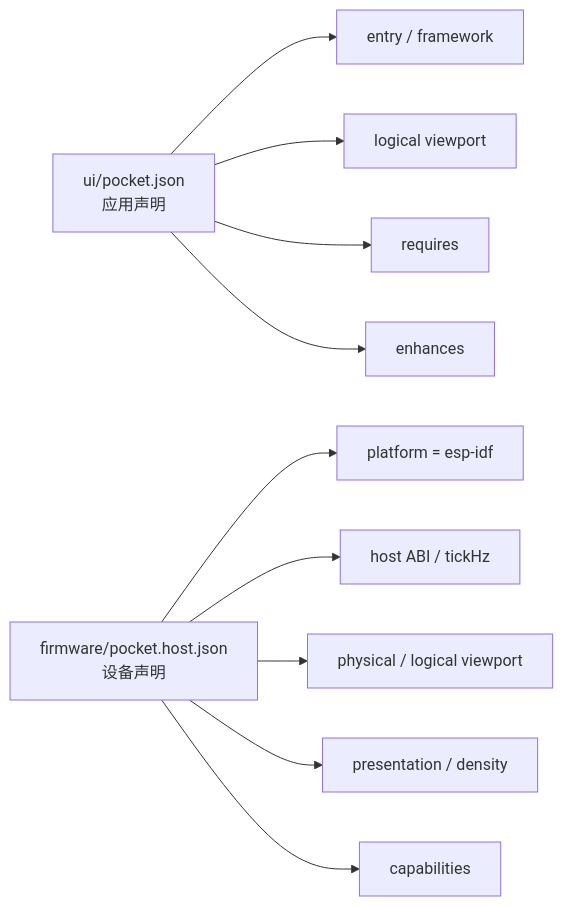
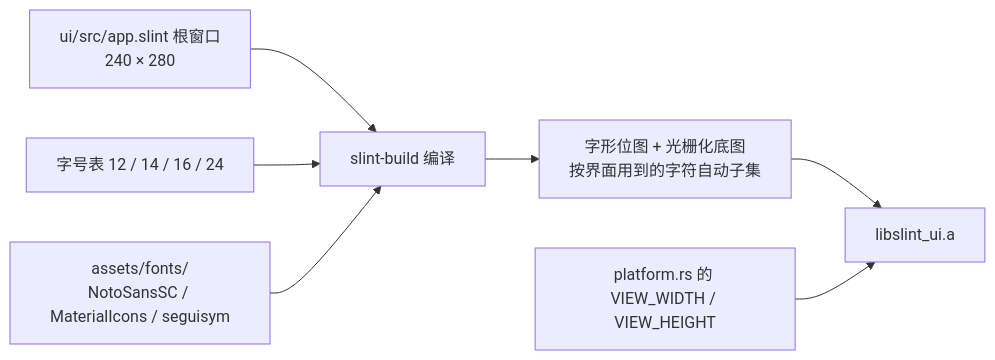
Before and after one commit to slime7/remapad: the first of 9 diagrams in docs/ABSTRACTIONS.md, drawn with Mermaid. The commit also changed other lines of this file and 196 other files, not shown here.

First line of the commit message:
feat(ui): 屏幕 UI 改用 Slint + Rust，撤掉 PocketJS 运行时与 Node 工具链

````diff
--- a/docs/ABSTRACTIONS.md
+++ b/docs/ABSTRACTIONS.md
@@ -37,13 +39,9 @@
 ```mermaid
 flowchart LR
-    App["ui/pocket.json<br/>应用声明"] --> AppEntry["entry / framework"]
-    App --> AppView["logical viewport"]
-    App --> AppReq["requires"]
-    App --> AppEnh["enhances"]
-
-    Host["firmware/pocket.host.json<br/>设备声明"] --> HostPlatform["platform = esp-idf"]
-    Host --> HostAbi["host ABI / tickHz"]
-    Host --> HostView["physical / logical viewport"]
-    Host --> HostPres["presentation / density"]
-    Host --> HostCap["capabilities"]
+    View["ui/src/app.slint 根窗口<br/>240 × 280"] --> Compile["slint-build 编译"]
+    Sizes["字号表 12 / 14 / 16 / 24"] --> Compile
+    Fonts["assets/fonts/<br/>NotoSansSC / MaterialIcons / seguisym"] --> Compile
+    Compile --> Glyphs["字形位图 + 光栅化底图<br/>按界面用到的字符自动子集"]
+    Glyphs --> Lib["libslint_ui.a"]
+    Platform["platform.rs 的 VIEW_WIDTH / VIEW_HEIGHT"] --> Lib
 ```
````
